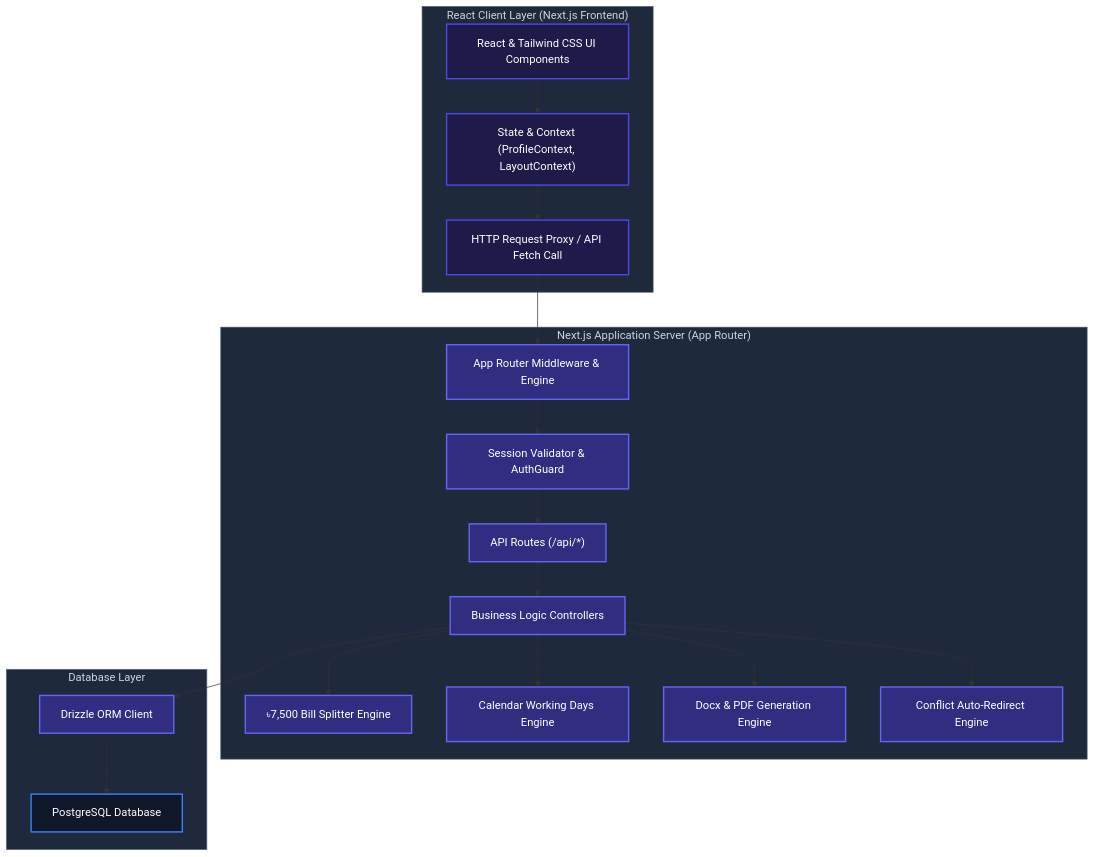
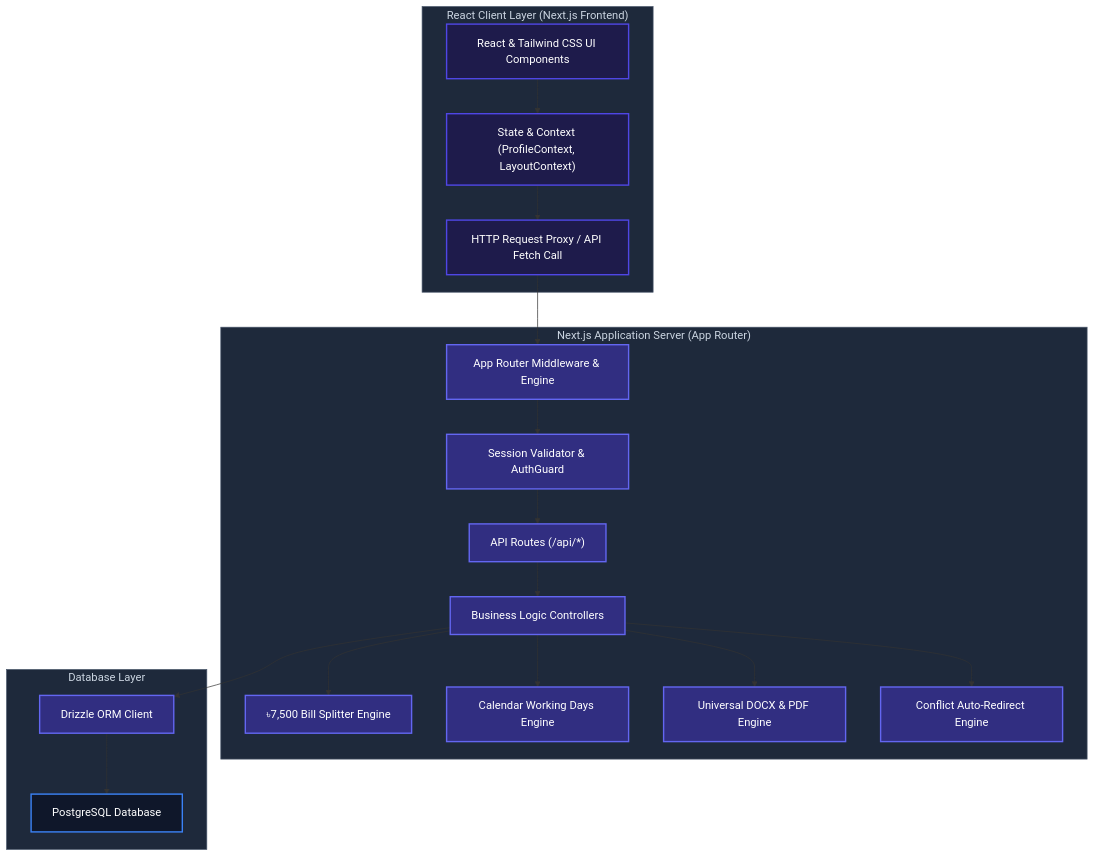
One commit to syedarifulislamemon2010/Late-Sitting-Holiday-Night-Duty changed the diagram in README.md. Above: the diagram before and after it, drawn with Mermaid. The commit also changed other lines of this file and 4 other files, not shown here.

````diff
--- a/README.md
+++ b/README.md
@@ -63,31 +65,31 @@
 ```mermaid
 graph TD
     classDef client fill:#1e1b4b,stroke:#4f46e5,stroke-width:2px,color:#fff;
     classDef server fill:#312e81,stroke:#6366f1,stroke-width:2px,color:#fff;
     classDef storage fill:#0f172a,stroke:#3b82f6,stroke-width:2px,color:#fff;
     classDef box fill:#1e293b,stroke:#475569,stroke-width:1px,color:#cbd5e1;
 
     subgraph Client["React Client Layer (Next.js Frontend)"]
         UI["React & Tailwind CSS UI Components"]:::client --> State["State & Context (ProfileContext, LayoutContext)"]:::client
         State --> Proxy["HTTP Request Proxy / API Fetch Call"]:::client
     end
 
     subgraph Server["Next.js Application Server (App Router)"]
         Proxy --> Router["App Router Middleware & Engine"]:::server
         Router --> Auth["Session Validator & AuthGuard"]:::server
         Auth --> Endpoints["API Routes (/api/*)"]:::server
         Endpoints --> Logic["Business Logic Controllers"]:::server
         
         Logic --> LimitSplitter["৳7,500 Bill Splitter Engine"]:::server
         Logic --> CalendarEngine["Calendar Working Days Engine"]:::server
-        Logic --> DocxEngine["Docx & PDF Generation Engine"]:::server
+        Logic --> DocxEngine["Universal DOCX & PDF Engine"]:::server
         Logic --> ConflictEngine["Conflict Auto-Redirect Engine"]:::server
     end
 
     subgraph Storage["Database Layer"]
         Logic --> Drizzle["Drizzle ORM Client"]:::server
         Drizzle --> PostgreSQL["PostgreSQL Database"]:::storage
     end
 
     class Client,Server,Storage box;
 ```
````
